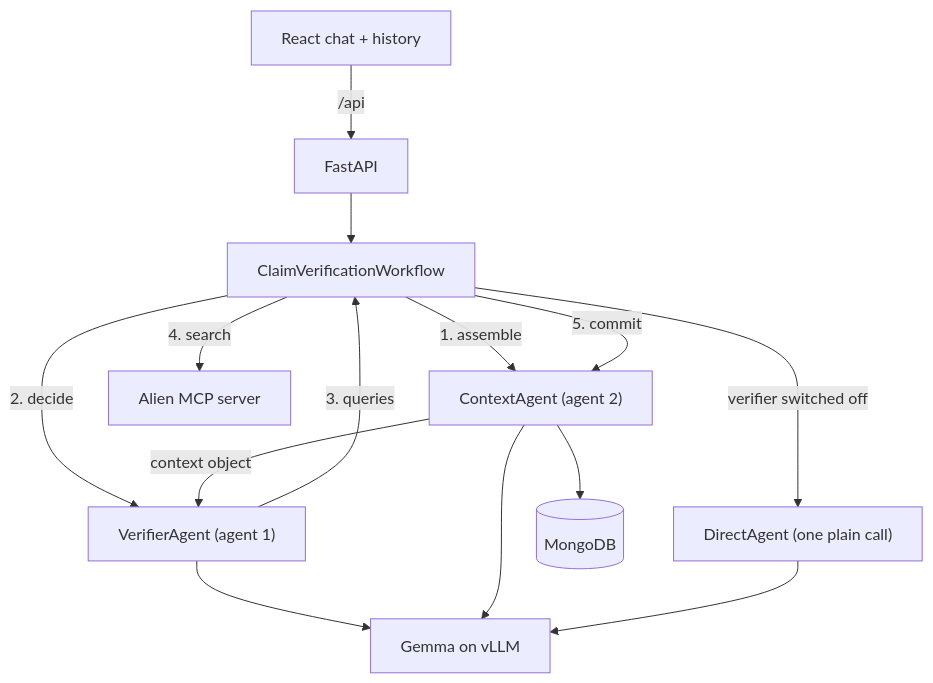
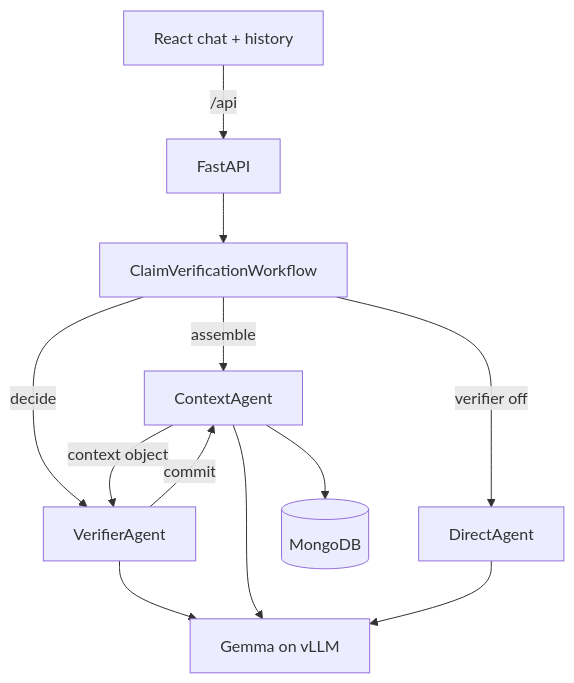
The diagram in README.md (V7W3D/paris-gemma-hackathon), drawn with Mermaid before and after one commit. The commit also changed other lines of this file and 25 other files, not shown here.

````diff
--- a/README.md
+++ b/README.md
@@ -14,16 +9,14 @@
 ```mermaid
 flowchart TD
   UI["React chat + history"] -->|/api| API["FastAPI"]
   API --> Workflow["ClaimVerificationWorkflow"]
-  Workflow -->|"1. assemble"| Ctx["ContextAgent (agent 2)"]
-  Workflow -->|"2. decide"| Ver["VerifierAgent (agent 1)"]
+  Workflow -->|"assemble"| Ctx["ContextAgent"]
+  Workflow -->|"decide"| Ver["VerifierAgent"]
   Ctx -->|"context object"| Ver
-  Ver -->|"3. queries"| Workflow
-  Workflow -->|"4. search"| Alien["Alien MCP server"]
-  Workflow -->|"5. commit"| Ctx
-  Workflow -->|"verifier switched off"| Direct["DirectAgent (one plain call)"]
+  Ver -->|"commit"| Ctx
+  Workflow -->|"verifier off"| Direct["DirectAgent"]
   Ctx --> Mongo[("MongoDB")]
   Ver --> LLM["Gemma on vLLM"]
   Ctx --> LLM
   Direct --> LLM
 ```
````
